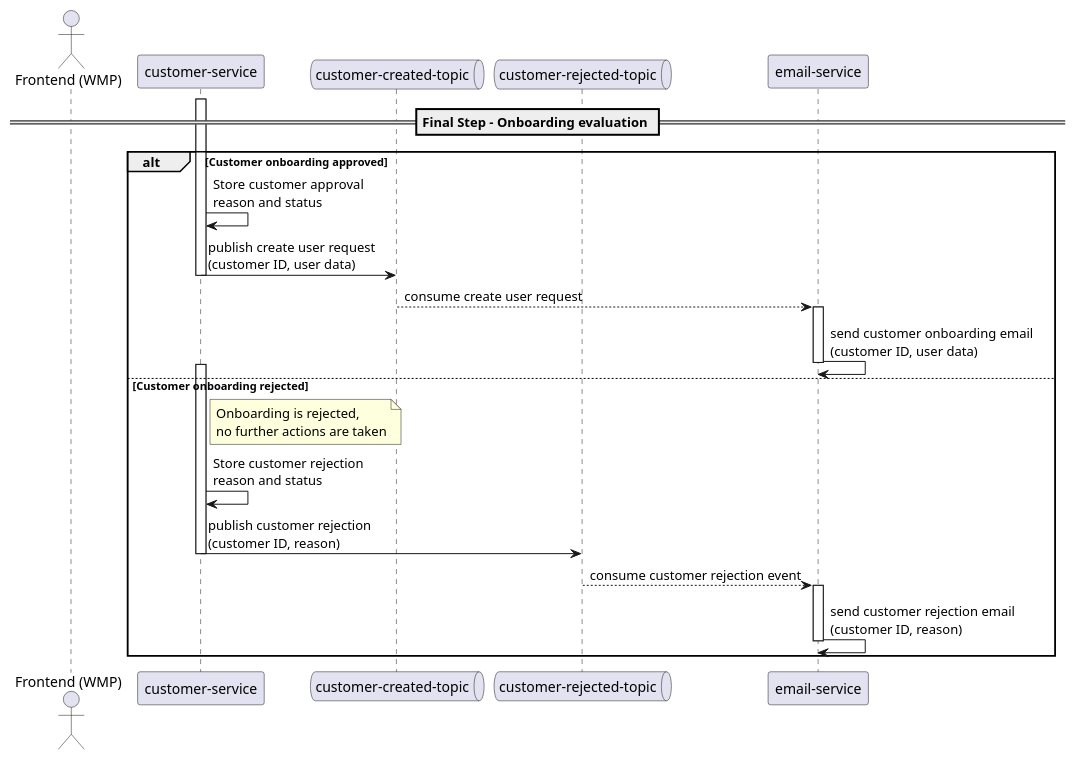
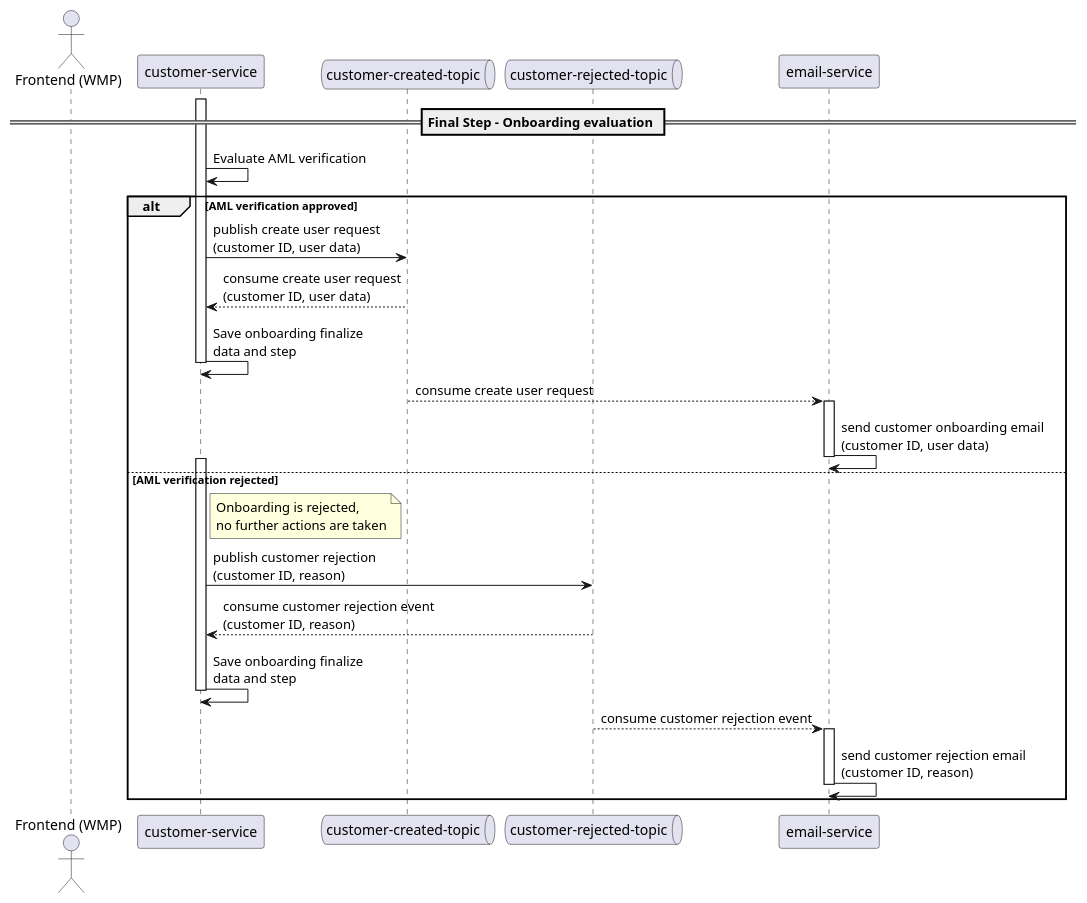
The diagram in docs/domain/assets/onboarding/customer-onboarding/evaluation/customer-onboarding-evaluation.md (RaffSStein/Wealth-Management-Platform-BE), drawn with PlantUML before and after one commit. The commit also changed 3 other files, not shown here.

Commit message:
Enhance onboarding evaluation process: update customer onboarding flow to include AML verification steps, publish events for customer creation and rejection, and adjust related email notifications.

```diff
--- a/docs/domain/assets/onboarding/customer-onboarding/evaluation/customer-onboarding-evaluation.md
+++ b/docs/domain/assets/onboarding/customer-onboarding/evaluation/customer-onboarding-evaluation.md
@@ -1,29 +1,32 @@
 @startuml
 actor FE as "Frontend (WMP)"
 participant "customer-service" as Customer
 queue "customer-created-topic" as customerCreatedTopic
 queue "customer-rejected-topic" as customerRejectedTopic
 participant "email-service" as Email
 
 == Final Step - Onboarding evaluation ==
-alt Customer onboarding approved
 activate Customer
-Customer -> Customer: Store customer approval\nreason and status
+Customer -> Customer: Evaluate AML verification
+alt AML verification approved
 Customer -> customerCreatedTopic: publish create user request\n(customer ID, user data)
+customerCreatedTopic --> Customer: consume create user request\n(customer ID, user data)
+Customer -> Customer:Save onboarding finalize\ndata and step
 deactivate Customer
 customerCreatedTopic --> Email: consume create user request
 activate Email
 Email -> Email: send customer onboarding email\n(customer ID, user data)
 deactivate Email
-else Customer onboarding rejected
+else AML verification rejected
 note right of Customer: Onboarding is rejected,\nno further actions are taken
 activate Customer
-Customer -> Customer: Store customer rejection\nreason and status
 Customer -> customerRejectedTopic: publish customer rejection\n(customer ID, reason)
+customerRejectedTopic --> Customer: consume customer rejection event\n(customer ID, reason)
+Customer -> Customer: Save onboarding finalize\ndata and step
 deactivate Customer
 customerRejectedTopic --> Email: consume customer rejection event
 activate Email
 Email -> Email: send customer rejection email\n(customer ID, reason)
 deactivate Email
 end
 @enduml
```
